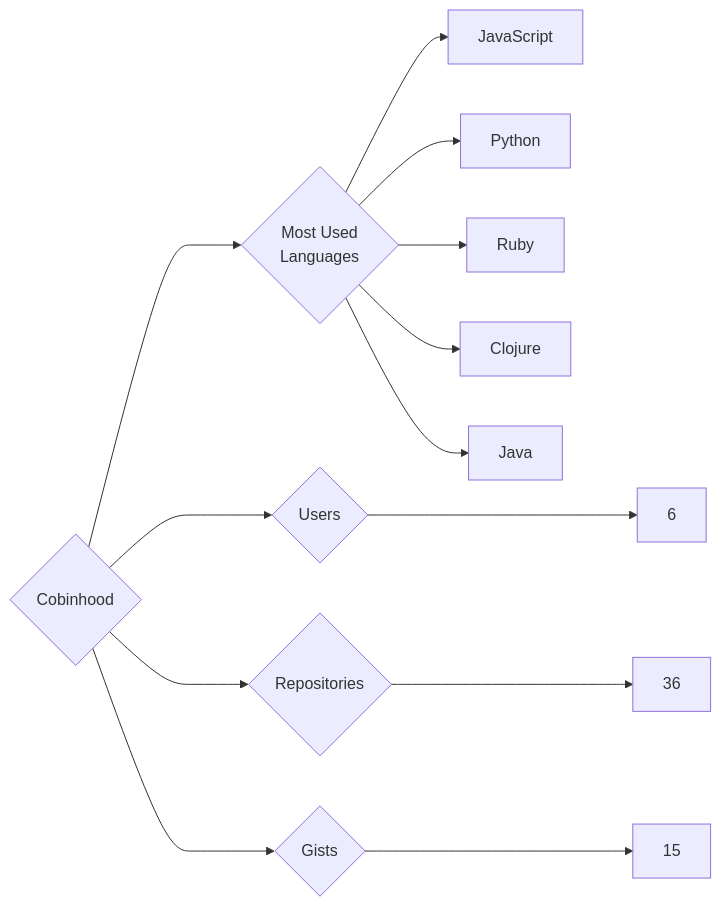
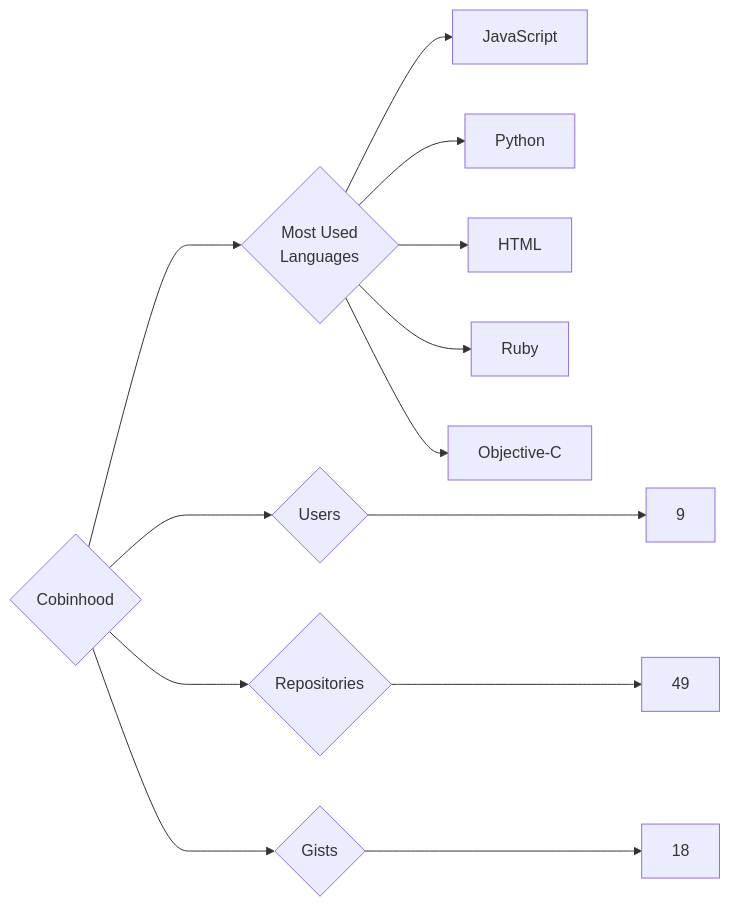
One commit to trickest/insiders changed the diagram in targets/Cobinhood/README.md. Above: the diagram before and after it, drawn with Mermaid. The commit also changed 865 other files, not shown here.

````diff
--- a/targets/Cobinhood/README.md
+++ b/targets/Cobinhood/README.md
@@ -3,13 +3,13 @@
 ```mermaid
 graph LR
 COMPANY_NAME{Cobinhood}
-COMPANY_NAME ---> U{Users} ---> UN[6]
-COMPANY_NAME ---> R{Repositories} ---> RN[36]
-COMPANY_NAME ---> G{Gists} ---> GN[15]
+COMPANY_NAME ---> U{Users} ---> UN[9]
+COMPANY_NAME ---> R{Repositories} ---> RN[49]
+COMPANY_NAME ---> G{Gists} ---> GN[18]
 COMPANY_NAME ---> ML{Most Used<br>Languages}
 ML --> JavaScript[JavaScript]
 ML --> Python[Python]
+ML --> HTML[HTML]
 ML --> Ruby[Ruby]
-ML --> Clojure[Clojure]
-ML --> Java[Java]
+ML --> Objective-C[Objective-C]
 ```
````
